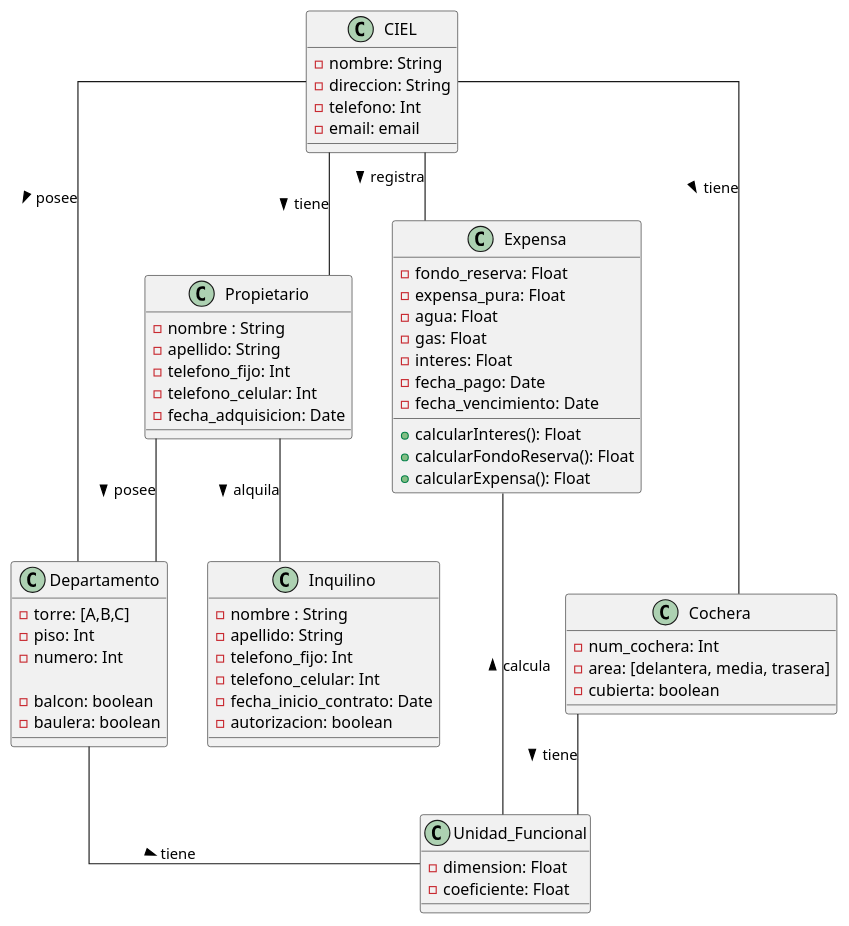
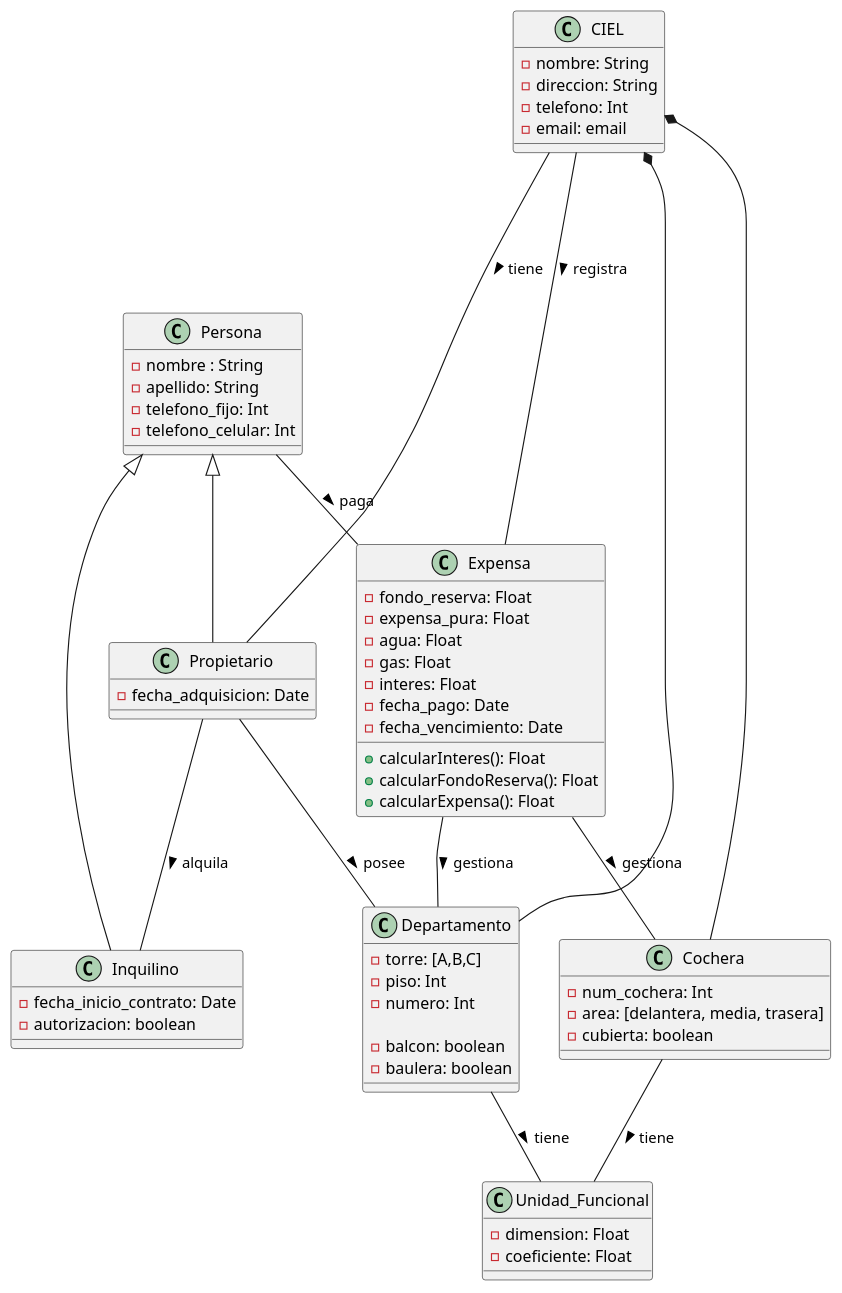
Before and after one commit to Z0SO/UML-Practice: the eighth of 8 diagrams in 1-Repaso recuperatorio/Repaso Recuperatorio.md, drawn with PlantUML. The commit also changed 1 other file, not shown here.

Commit message:
bkp -> 2024-08-13 18:58:10

````diff
--- a/1-Repaso recuperatorio/Repaso Recuperatorio.md
+++ b/1-Repaso recuperatorio/Repaso Recuperatorio.md
@@ -665,7 +665,7 @@
 ```plantuml
 @startuml
 
-skinparam linetype ortho
+'skinparam linetype ortho
 
 ' ciel
 ' expensa
@@ -738,42 +738,46 @@
     + calcularExpensa(): Float
 }
 
-
-class propietario as "Propietario" {
+class persona as "Persona" {
     - nombre : String
     - apellido: String
     - telefono_fijo: Int
     - telefono_celular: Int
+}
+
+class propietario as "Propietario" {
     - fecha_adquisicion: Date
 }
 
 class inquilino as "Inquilino" {
 
-    - nombre : String
-    - apellido: String
-    - telefono_fijo: Int
-    - telefono_celular: Int
     - fecha_inicio_contrato: Date
     - autorizacion: boolean
 
 }
 
 
+persona <|- propietario
+persona <|- inquilino
+
 
 propietario -- inquilino: > alquila
 propietario -- dpto: > posee
 
 
-sistema -- dpto: > posee
-sistema -- cochera: > tiene
-sistema -- expensa: > registra
+sistema *-- dpto
+sistema *-- cochera
+sistema ---- expensa: > registra
 
-sistema -- propietario: > tiene
+sistema ---- propietario: > tiene
 
 dpto -- unidad_funcional: > tiene
-cochera -- unidad_funcional: > tiene
+cochera - unidad_funcional: > tiene
 
-expensa -- unidad_funcional: < calcula
+expensa -- dpto: > gestiona
+expensa -- cochera: > gestiona
+
+persona -- expensa: > paga
 
 @enduml
 ```
````
